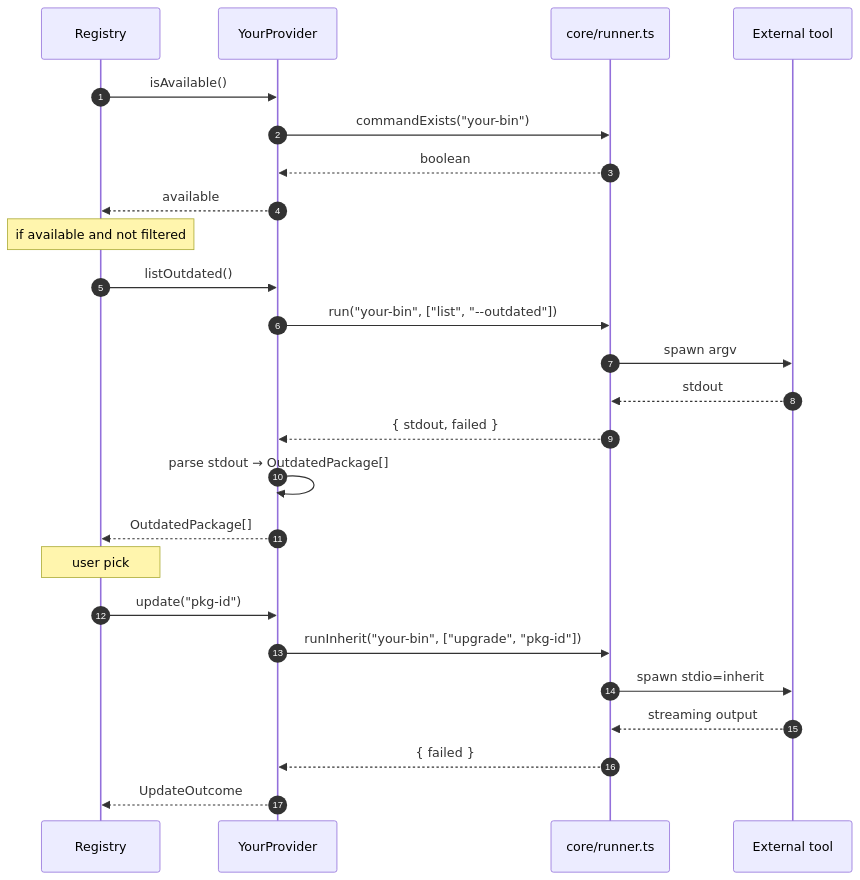
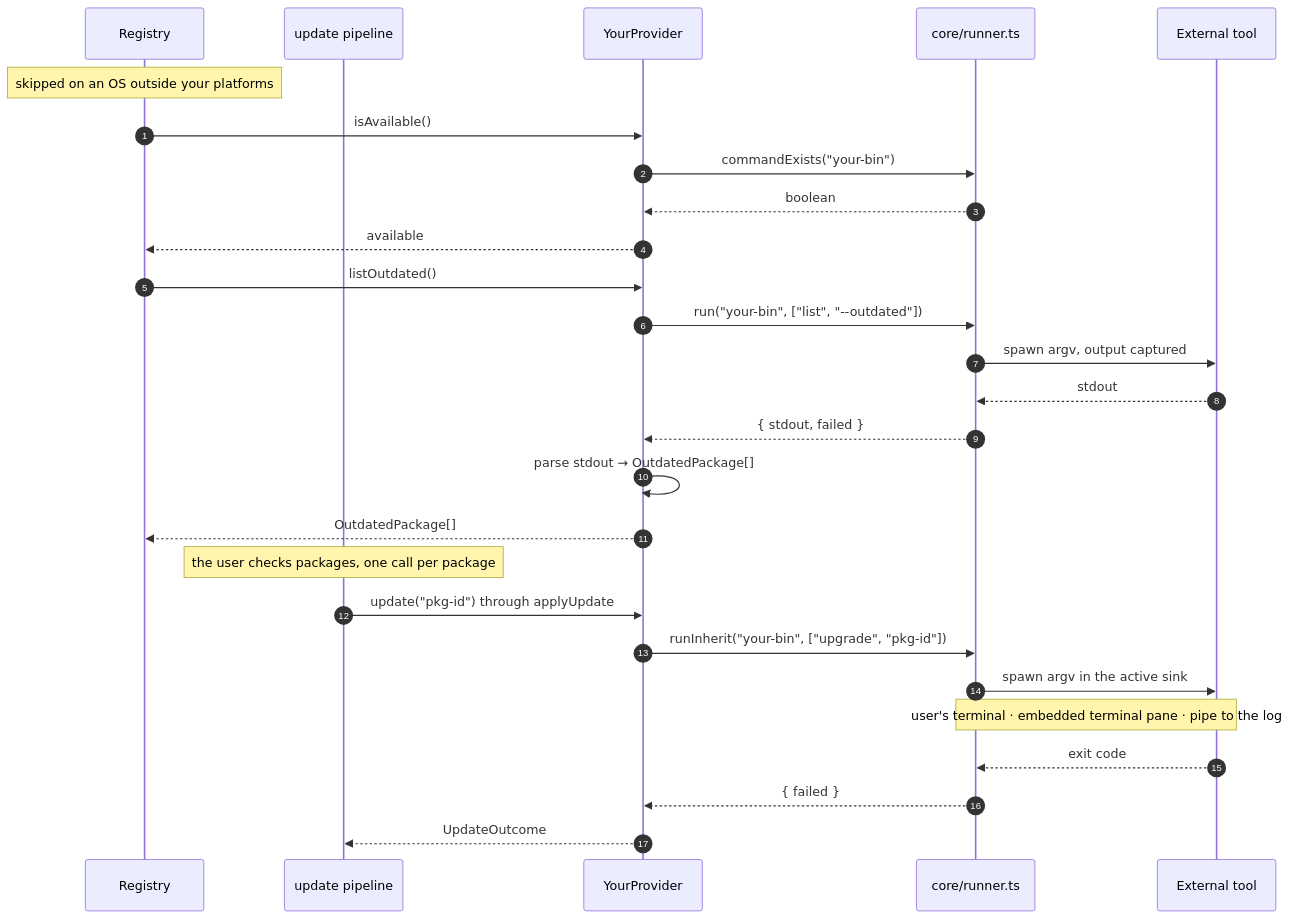
One commit to LINDECKER-Charles/gup changed the second of 4 diagrams in CONTRIBUTING.md. Above: the diagram before and after it, drawn with Mermaid. The commit also changed other lines of this file and 2 other files, not shown here.

````diff
--- a/CONTRIBUTING.md
+++ b/CONTRIBUTING.md
@@ -147,32 +163,32 @@
 ```mermaid
 sequenceDiagram
     autonumber
     participant Registry
+    participant Pipeline as update pipeline
     participant P as YourProvider
     participant Runner as core/runner.ts
     participant Tool as External tool
 
+    Note over Registry: skipped on an OS outside your platforms
     Registry->>P: isAvailable()
     P->>Runner: commandExists("your-bin")
     Runner-->>P: boolean
     P-->>Registry: available
 
-    Note over Registry: if available and not filtered
-
     Registry->>P: listOutdated()
     P->>Runner: run("your-bin", ["list", "--outdated"])
-    Runner->>Tool: spawn argv
+    Runner->>Tool: spawn argv, output captured
     Tool-->>Runner: stdout
     Runner-->>P: { stdout, failed }
     P->>P: parse stdout → OutdatedPackage[]
     P-->>Registry: OutdatedPackage[]
 
-    Note over Registry: user pick
-
-    Registry->>P: update("pkg-id")
+    Note over Pipeline: the user checks packages, one call per package
+    Pipeline->>P: update("pkg-id") through applyUpdate
     P->>Runner: runInherit("your-bin", ["upgrade", "pkg-id"])
-    Runner->>Tool: spawn stdio=inherit
-    Tool-->>Runner: streaming output
+    Runner->>Tool: spawn argv in the active sink
+    Note over Runner,Tool: user's terminal · embedded terminal pane · pipe to the log
+    Tool-->>Runner: exit code
     Runner-->>P: { failed }
-    P-->>Registry: UpdateOutcome
+    P-->>Pipeline: UpdateOutcome
 ```
````
